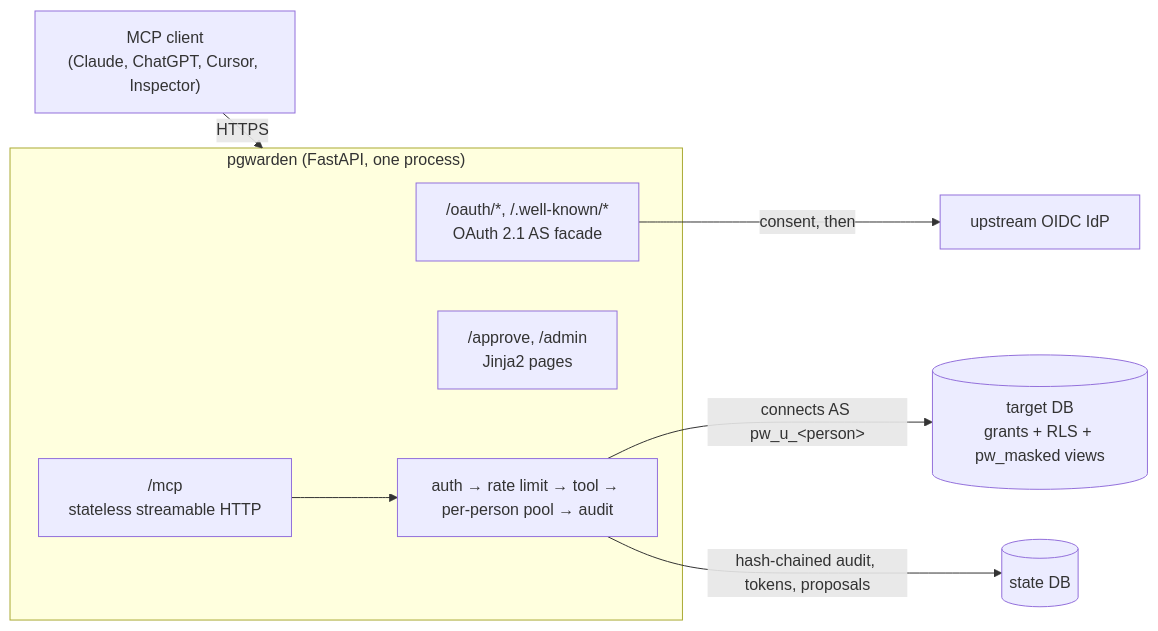
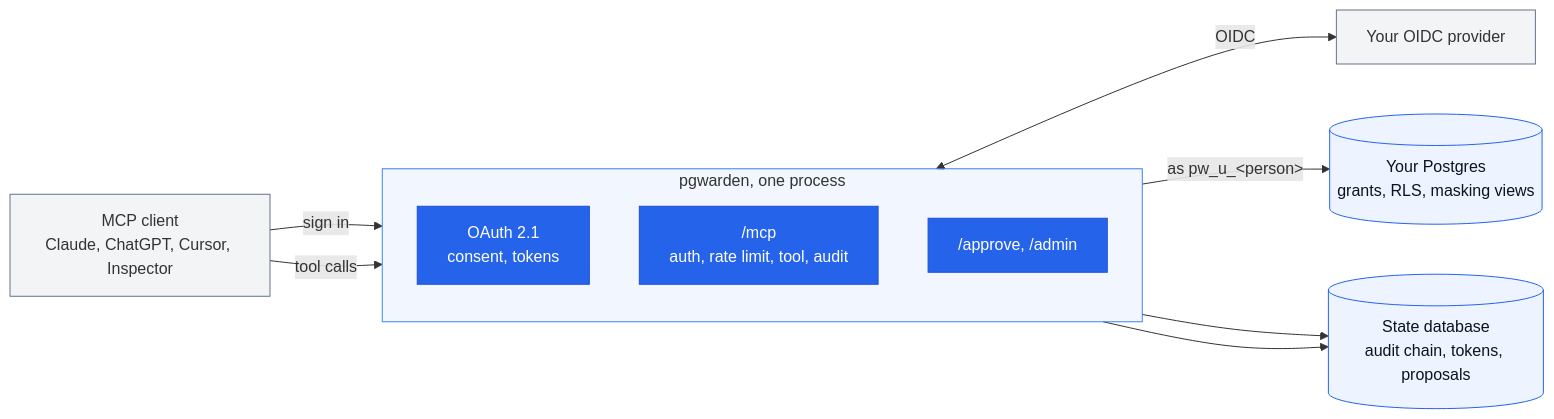
One commit to B0yko/pgwarden changed the first of 3 diagrams in README.md. Above: the diagram before and after it, drawn with Mermaid. The commit also changed other lines of this file and 2 other files, not shown here.

````diff
--- a/README.md
+++ b/README.md
@@ -72,14 +140,26 @@
 ```mermaid
 flowchart LR
-    C["MCP client<br/>(Claude, ChatGPT, Cursor, Inspector)"] -- HTTPS --> GW
-    subgraph GW["pgwarden (FastAPI, one process)"]
-      OA["/oauth/*, /.well-known/*<br/>OAuth 2.1 AS facade"]
-      MCP["/mcp<br/>stateless streamable HTTP"]
-      WEB["/approve, /admin<br/>Jinja2 pages"]
-      MW["auth &rarr; rate limit &rarr; tool &rarr; per-person pool &rarr; audit"]
+    client["MCP client<br/>Claude, ChatGPT, Cursor, Inspector"]
+    idp["Your OIDC provider"]
+    subgraph gw["pgwarden, one process"]
+        direction TB
+        oauth["OAuth 2.1<br/>consent, tokens"]
+        mcp["/mcp<br/>auth, rate limit, tool, audit"]
+        pages["/approve, /admin"]
     end
-    OA -- consent, then --> IDP["upstream OIDC IdP"]
-    MCP --> MW
-    MW -- "connects AS pw_u_&lt;person&gt;" --> T[("target DB<br/>grants + RLS + pw_masked views")]
-    MW -- "hash-chained audit, tokens, proposals" --> S[("state DB")]
+    target[("Your Postgres<br/>grants, RLS, masking views")]
+    state[("State database<br/>audit chain, tokens, proposals")]
+    client -- sign in --> oauth
+    oauth <-- OIDC --> idp
+    client -- tool calls --> mcp
+    mcp -- "as pw_u_&lt;person&gt;" --> target
+    mcp --> state
+    pages --> state
+    classDef hub fill:#2563eb,stroke:#1d4ed8,color:#ffffff
+    classDef store fill:#eef4ff,stroke:#2563eb,color:#0b1220
+    classDef outside fill:#64748b14,stroke:#64748b
+    class oauth,mcp,pages hub
+    class target,state store
+    class client,idp outside
+    style gw fill:#2563eb0f,stroke:#3b82f6
 ```
````
